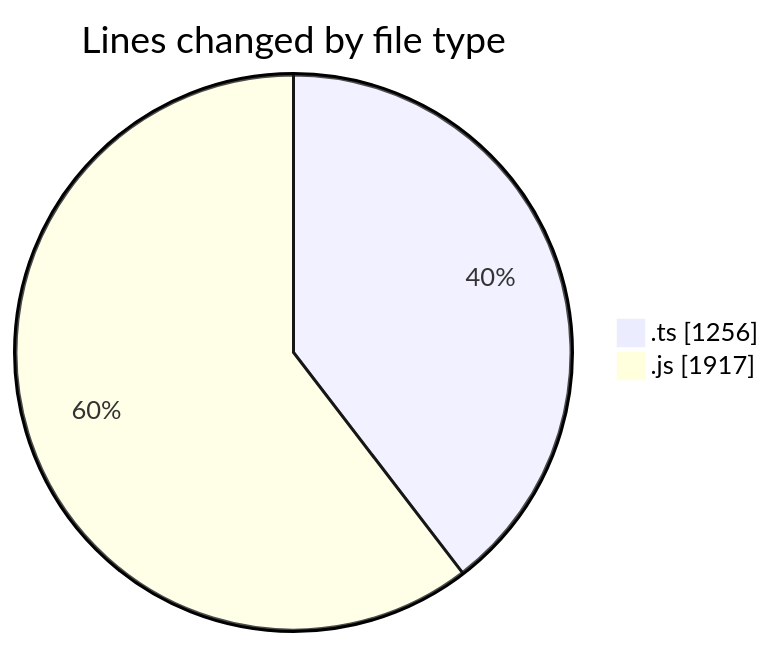
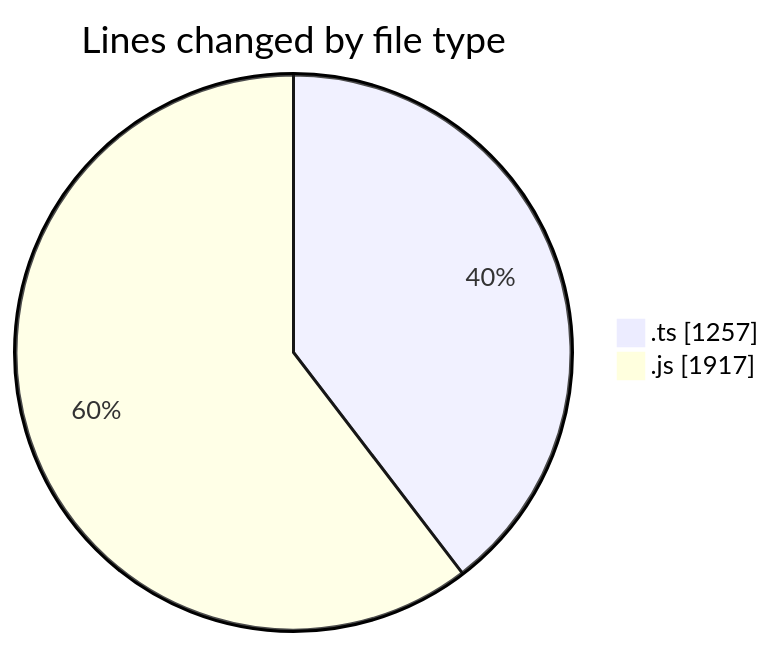
Before and after one commit to momahboobian/code-tracking: the first of 2 diagrams in 2025-07-29/cda/README.md, drawn with Mermaid. The commit also changed other lines of this file and 1 other file, not shown here.

````diff
--- a/2025-07-29/cda/README.md
+++ b/2025-07-29/cda/README.md
@@ -23,6 +23,6 @@
 ```mermaid
 pie showData
 title Lines changed by file type
-".ts" : 1256
+".ts" : 1257
 ".js" : 1917
 ```
````
